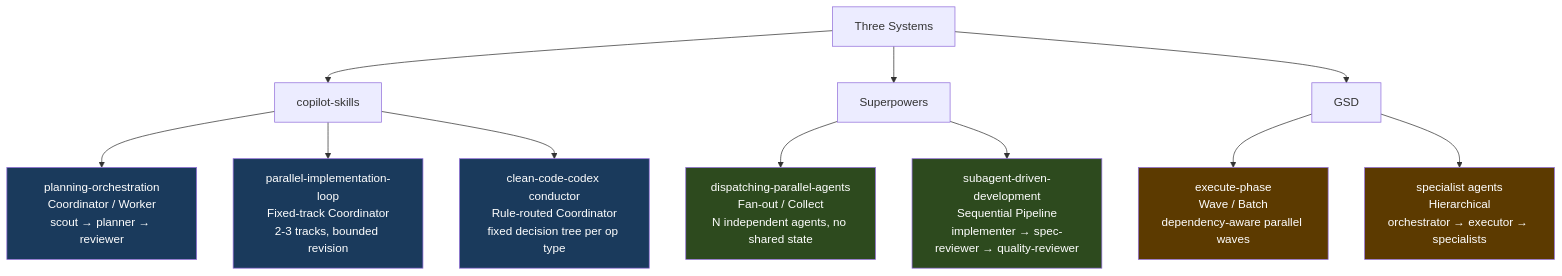
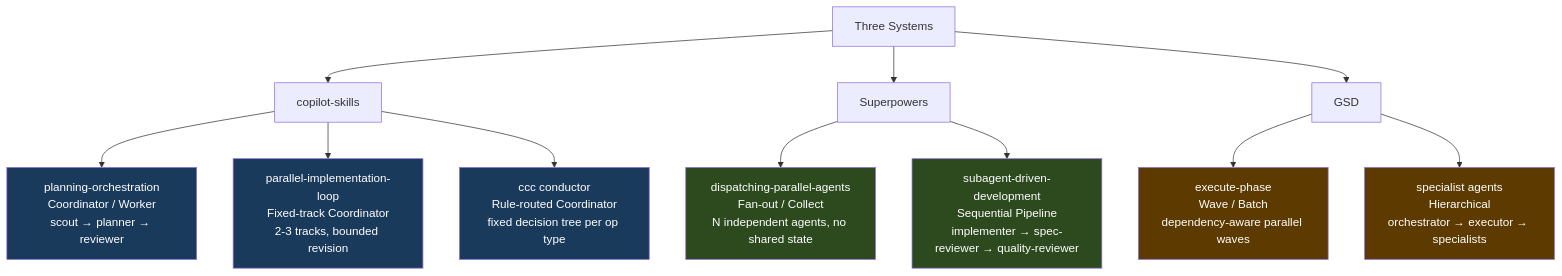
The second of 9 diagrams in docs/swarm-orchestration.md (mikecubed/agent-orchestration), drawn with Mermaid before and after one commit. The commit also changed other lines of this file and 222 other files, not shown here.

````diff
--- a/docs/swarm-orchestration.md
+++ b/docs/swarm-orchestration.md
@@ -61,26 +61,26 @@
 ```mermaid
 flowchart TD
     SYSTEMS["Three Systems"]
 
     SYSTEMS --> US["copilot-skills"]
     SYSTEMS --> SP["Superpowers"]
     SYSTEMS --> GSD["GSD"]
 
     US --> US1["planning-orchestration\nCoordinator / Worker\nscout → planner → reviewer"]
     US --> US2["parallel-implementation-loop\nFixed-track Coordinator\n2-3 tracks, bounded revision"]
-    US --> US3["clean-code-codex conductor\nRule-routed Coordinator\nfixed decision tree per op type"]
+    US --> US3["ccc conductor\nRule-routed Coordinator\nfixed decision tree per op type"]
 
     SP --> SP1["dispatching-parallel-agents\nFan-out / Collect\nN independent agents, no shared state"]
     SP --> SP2["subagent-driven-development\nSequential Pipeline\nimplementer → spec-reviewer → quality-reviewer"]
 
     GSD --> GSD1["execute-phase\nWave / Batch\ndependency-aware parallel waves"]
     GSD --> GSD2["specialist agents\nHierarchical\norchestrator → executor → specialists"]
 
     style US1 fill:#1a3a5c,color:#fff
     style US2 fill:#1a3a5c,color:#fff
     style US3 fill:#1a3a5c,color:#fff
     style SP1 fill:#2d4a1e,color:#fff
     style SP2 fill:#2d4a1e,color:#fff
     style GSD1 fill:#5c3a00,color:#fff
     style GSD2 fill:#5c3a00,color:#fff
 ```
````
